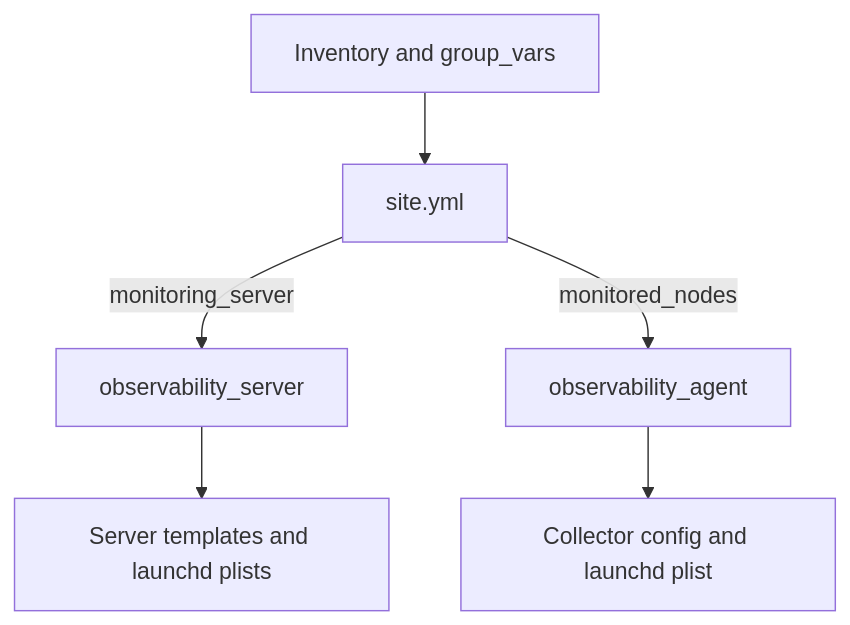
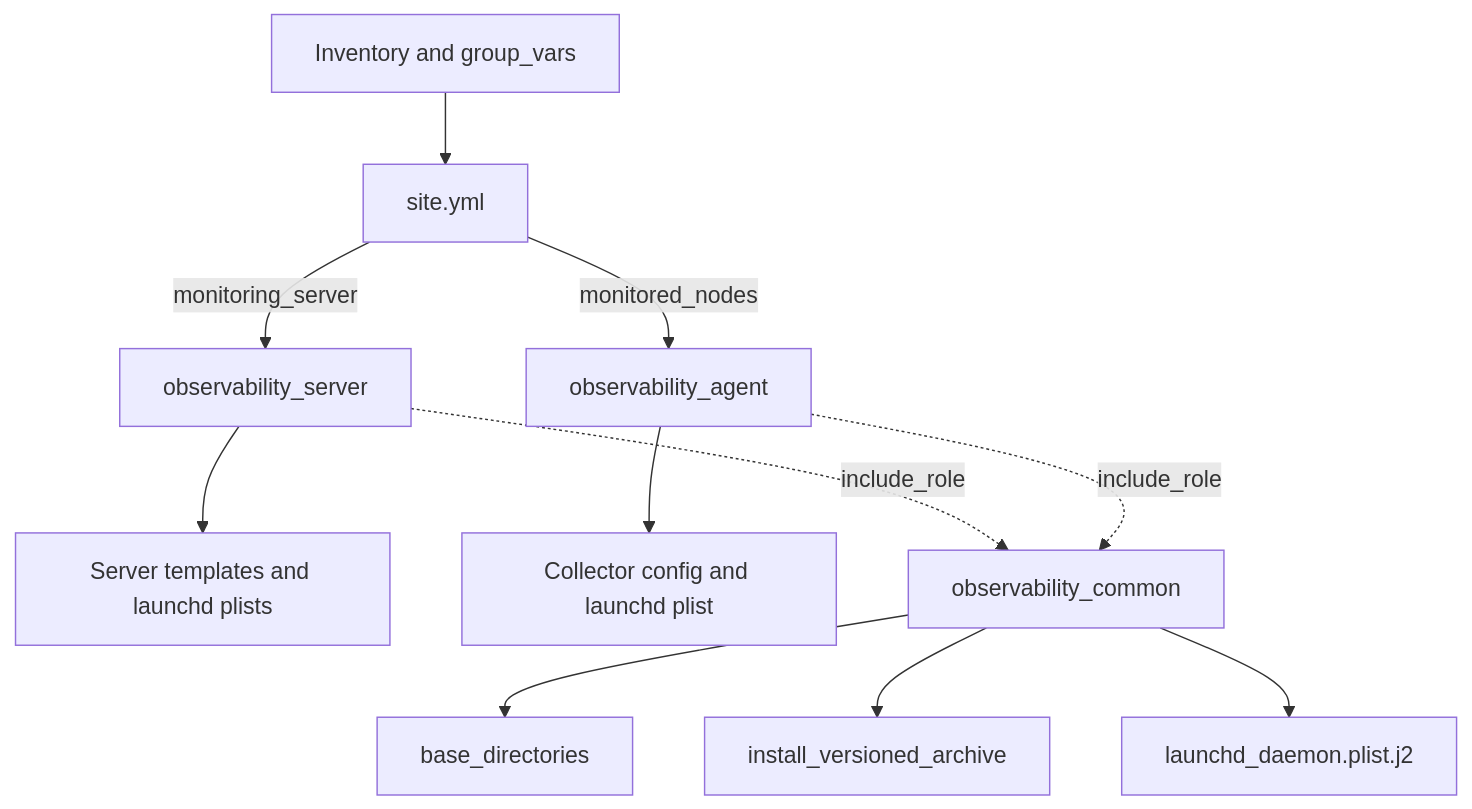
The second of 2 diagrams in docs/PROJECT_FLOW.md (Ankit-Kumar77/MacOS_observability_fleet), drawn with Mermaid before and after one commit. The commit also changed other lines of this file and 35 other files, not shown here.

````diff
--- a/docs/PROJECT_FLOW.md
+++ b/docs/PROJECT_FLOW.md
@@ -31,8 +41,13 @@
 ```mermaid
 flowchart TD
     I[Inventory and group_vars] --> S[site.yml]
     S -->|monitoring_server| SR[observability_server]
     S -->|monitored_nodes| AR[observability_agent]
     SR --> ST[Server templates and launchd plists]
     AR --> AT[Collector config and launchd plist]
+    SR -.include_role.-> C[observability_common]
+    AR -.include_role.-> C
+    C --> CD[base_directories]
+    C --> CI[install_versioned_archive]
+    C --> CP[launchd_daemon.plist.j2]
 ```
````
